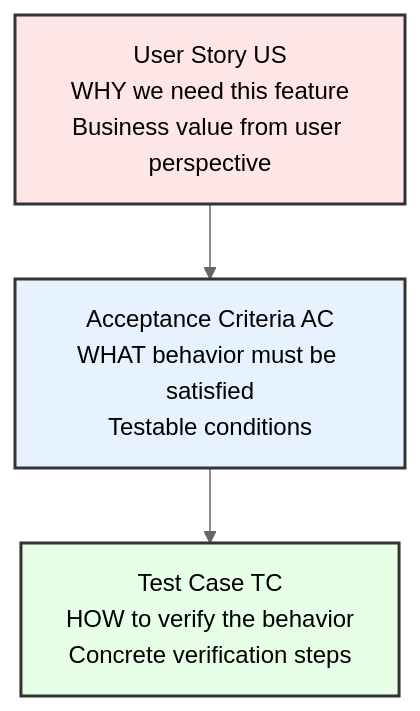
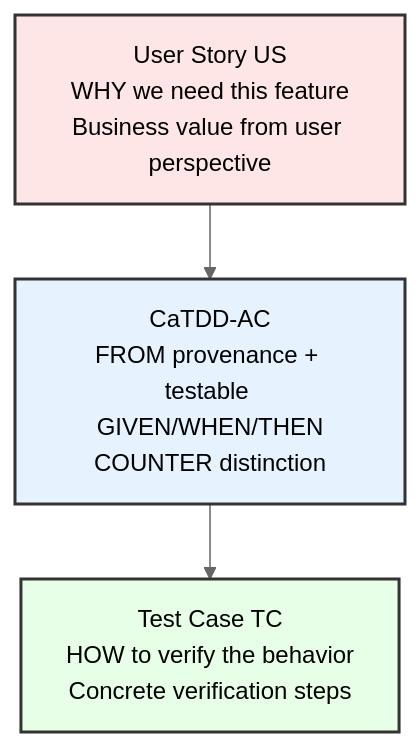
Before and after one commit to EnigmaWU/MyCaTDD: the second of 4 diagrams in README_UserGuide.md, drawn with Mermaid (neutral theme). The commit also changed other lines of this file and 54 other files, not shown here.

````diff
--- a/README_UserGuide.md
+++ b/README_UserGuide.md
@@ -393,13 +412,13 @@
 ```mermaid
 graph TD
     US[User Story US<br/>WHY we need this feature<br/>Business value from user perspective]
-    AC[Acceptance Criteria AC<br/>WHAT behavior must be satisfied<br/>Testable conditions]
+    AC[CaTDD-AC<br/>FROM provenance + testable GIVEN/WHEN/THEN<br/>COUNTER distinction]
     TC[Test Case TC<br/>HOW to verify the behavior<br/>Concrete verification steps]
     
     US --> AC
     AC --> TC
     
     style US fill:#ffe6e6,stroke:#333,stroke-width:2px
     style AC fill:#e6f3ff,stroke:#333,stroke-width:2px
     style TC fill:#e6ffe6,stroke:#333,stroke-width:2px
 ```
````
